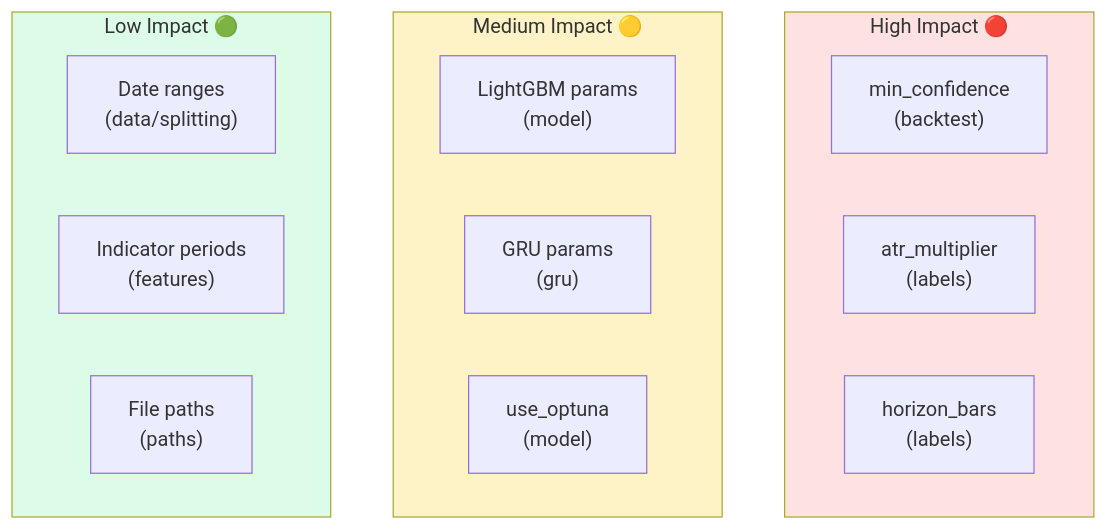
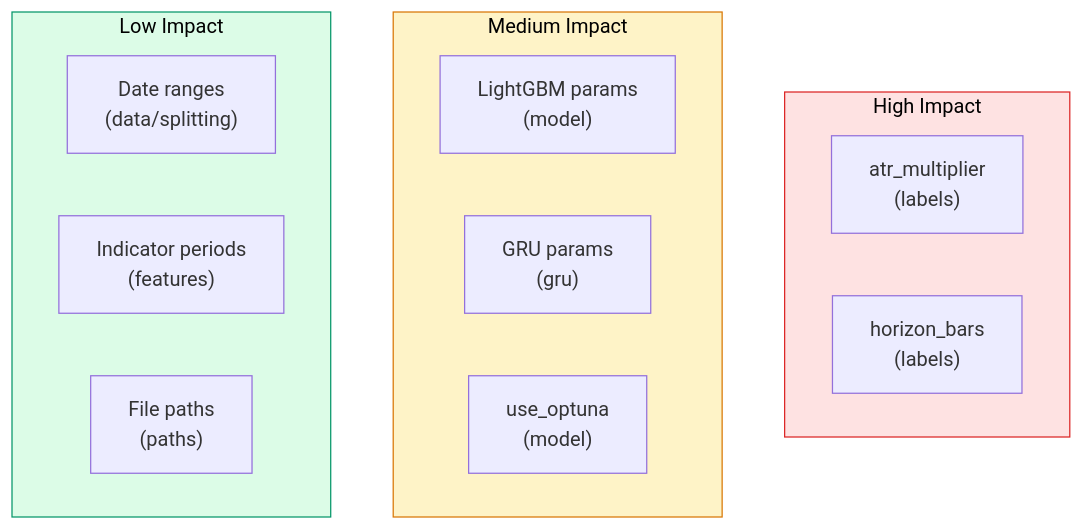
One commit to ultimateBroK/thesis-hybrid-stacking changed the second of 5 diagrams in docs/CONFIGURATION.md. Above: the diagram before and after it, drawn with Mermaid. The commit also changed other lines of this file and 7 other files, not shown here.

````diff
--- a/docs/CONFIGURATION.md
+++ b/docs/CONFIGURATION.md
@@ -103,24 +107,23 @@
 ```mermaid
 flowchart TD
-    subgraph HIGH["High Impact 🔴"]
-        CONF["min_confidence<br/>(backtest)"]
+    subgraph HIGH["High Impact"]
         ATR_M["atr_multiplier<br/>(labels)"]
         HORIZON["horizon_bars<br/>(labels)"]
     end
 
-    subgraph MED["Medium Impact 🟡"]
+    subgraph MED["Medium Impact"]
         LGBM_P["LightGBM params<br/>(model)"]
         GRU_P["GRU params<br/>(gru)"]
         USE_OPT["use_optuna<br/>(model)"]
     end
 
-    subgraph LOW["Low Impact 🟢"]
+    subgraph LOW["Low Impact"]
         DATA_P["Date ranges<br/>(data/splitting)"]
         RSI_P["Indicator periods<br/>(features)"]
         PATHS["File paths<br/>(paths)"]
     end
 
-    style HIGH fill:#FEE2E2
-    style MED fill:#FEF3C7
-    style LOW fill:#DCFCE7
+    style HIGH fill:#FEE2E2,stroke:#DC2626,color:#000
+    style MED fill:#FEF3C7,stroke:#D97706,color:#000
+    style LOW fill:#DCFCE7,stroke:#059669,color:#000
 ```
````
